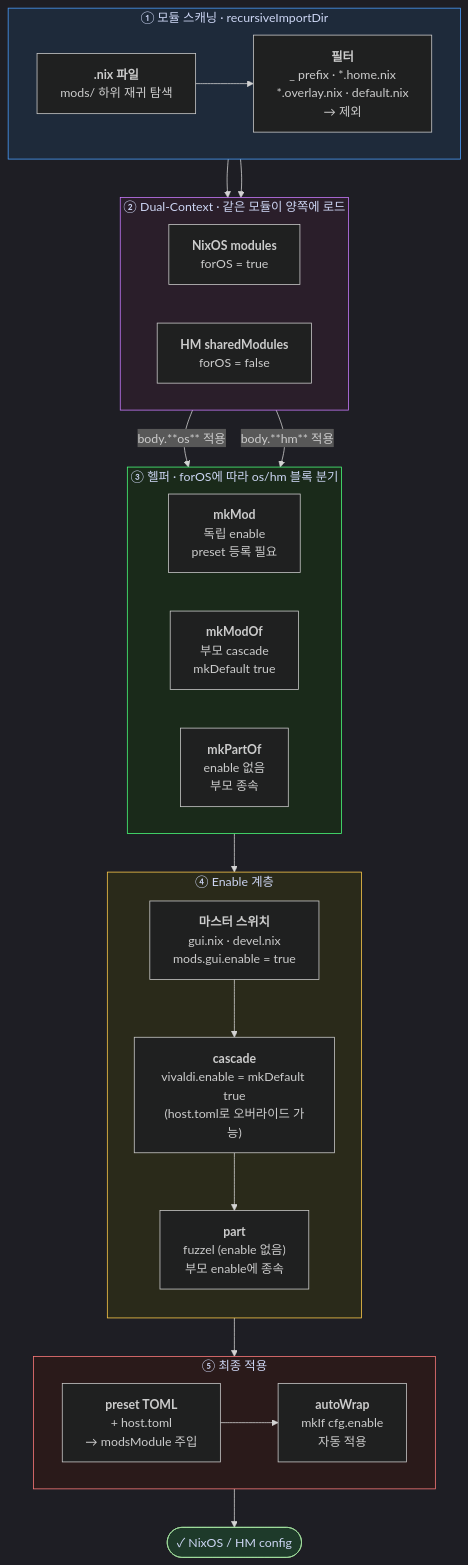
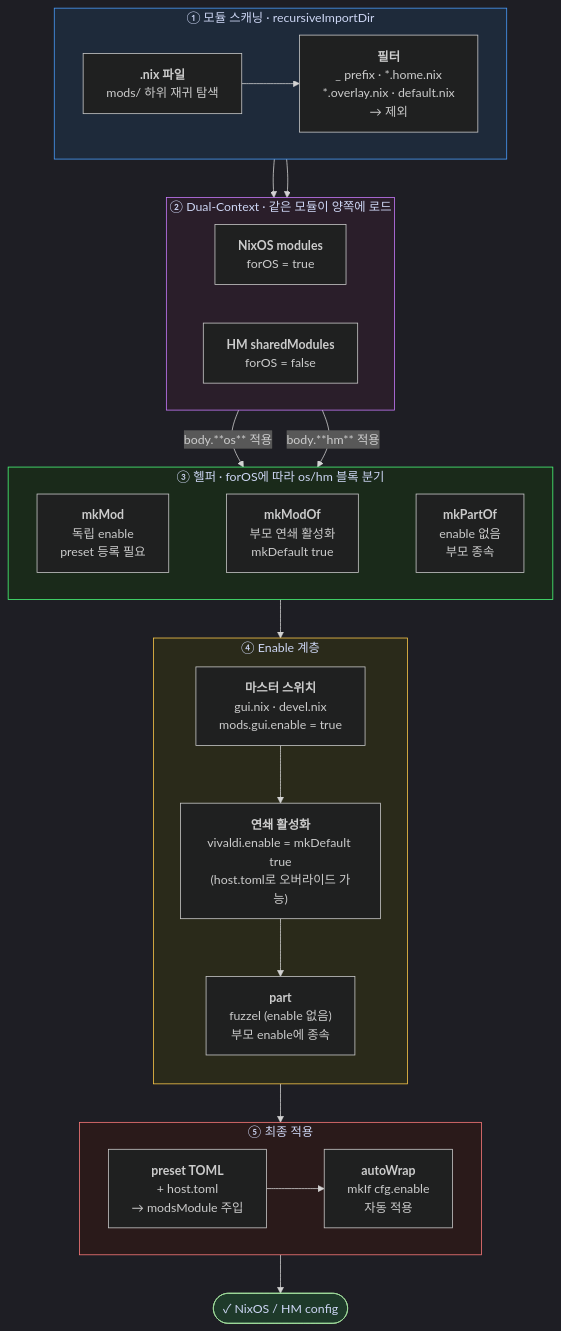
One commit to donghans/nixos changed the diagram in .docs/hacking/ARCHITECTURE-MODS.mermaid. Above: the diagram before and after it, drawn with Mermaid. The commit also changed 7 other files, not shown here.

First line of the commit message:
docs: sync-remote 자동 초기화·username 설정 문서 반영, mermaid 클릭 확대 및 용어 정리

```diff
--- a/.docs/hacking/ARCHITECTURE-MODS.mermaid
+++ b/.docs/hacking/ARCHITECTURE-MODS.mermaid
@@ -1,75 +1,76 @@
 %%{init: {'theme': 'dark', 'flowchart': {'curve': 'basis'}}}%%
 flowchart TD
     subgraph SCAN["① 모듈 스캐닝  ·  recursiveImportDir"]
         direction LR
         nix_files["`**.nix 파일**
         mods/ 하위 재귀 탐색`"]
         filter["`**필터**
         _ prefix · *.home.nix
         *.overlay.nix · default.nix
         → 제외`"]
         nix_files --> filter
     end
 
     subgraph DUAL["② Dual-Context  ·  같은 모듈이 양쪽에 로드"]
         direction LR
         nixos_ctx["`**NixOS modules**
         forOS = true`"]
         hm_ctx["`**HM sharedModules**
         forOS = false`"]
     end
 
     filter --> nixos_ctx
     filter --> hm_ctx
 
     subgraph HELPER["③ 헬퍼  ·  forOS에 따라 os/hm 블록 분기"]
         direction LR
         mkmod["`**mkMod**
         독립 enable
         preset 등록 필요`"]
         mkmodof["`**mkModOf**
-        부모 cascade
+        부모 연쇄 활성화
         mkDefault true`"]
         mkpartof["`**mkPartOf**
         enable 없음
         부모 종속`"]
+        mkmod ~~~ mkmodof ~~~ mkpartof
     end
 
     nixos_ctx -- "body.**os** 적용" --> HELPER
     hm_ctx -- "body.**hm** 적용" --> HELPER
 
     subgraph ENABLE["④ Enable 계층"]
         direction TB
         master["`**마스터 스위치**
         gui.nix · devel.nix
         mods.gui.enable = true`"]
-        cascade["`**cascade**
+        cascade["`**연쇄 활성화**
         vivaldi.enable = mkDefault true
         (host.toml로 오버라이드 가능)`"]
         part["`**part**
         fuzzel (enable 없음)
         부모 enable에 종속`"]
         master --> cascade --> part
     end
 
     subgraph APPLY["⑤ 최종 적용"]
         direction LR
         preset["`**preset TOML**
         + host.toml
         → modsModule 주입`"]
         autowrap["`**autoWrap**
         mkIf cfg.enable
         자동 적용`"]
         preset --> autowrap
     end
 
     HELPER --> ENABLE
     ENABLE --> preset
     autowrap --> Out(["✓ NixOS / HM config"])
 
     style SCAN fill:#1e2a3a,stroke:#4a9eff,color:#cdd6f4
     style DUAL fill:#2a1e2a,stroke:#c97bff,color:#cdd6f4
     style HELPER fill:#1a2a1a,stroke:#4aff7a,color:#cdd6f4
     style ENABLE fill:#2a2a1a,stroke:#ffcc4a,color:#cdd6f4
     style APPLY fill:#2a1a1a,stroke:#ff7b7b,color:#cdd6f4
     style Out fill:#1e3a2a,stroke:#a6e3a1,color:#cdd6f4
```
